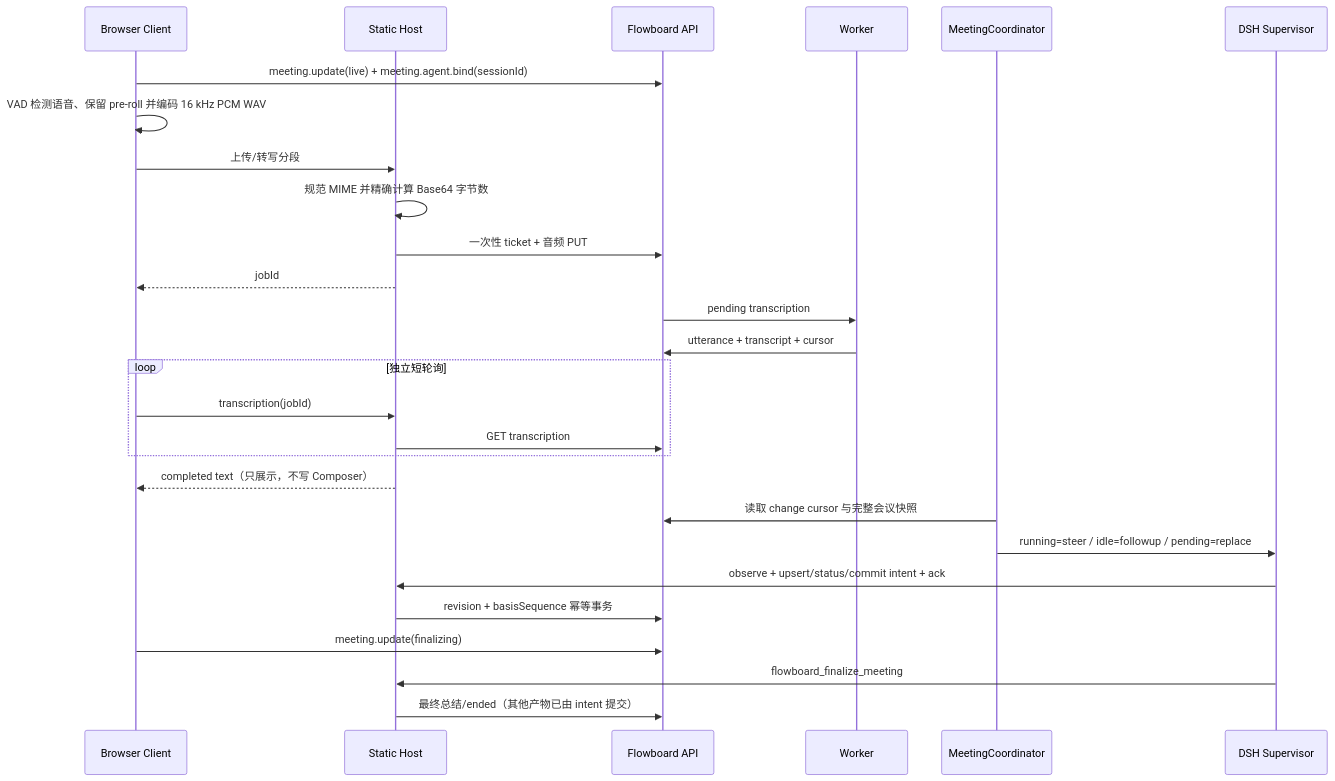
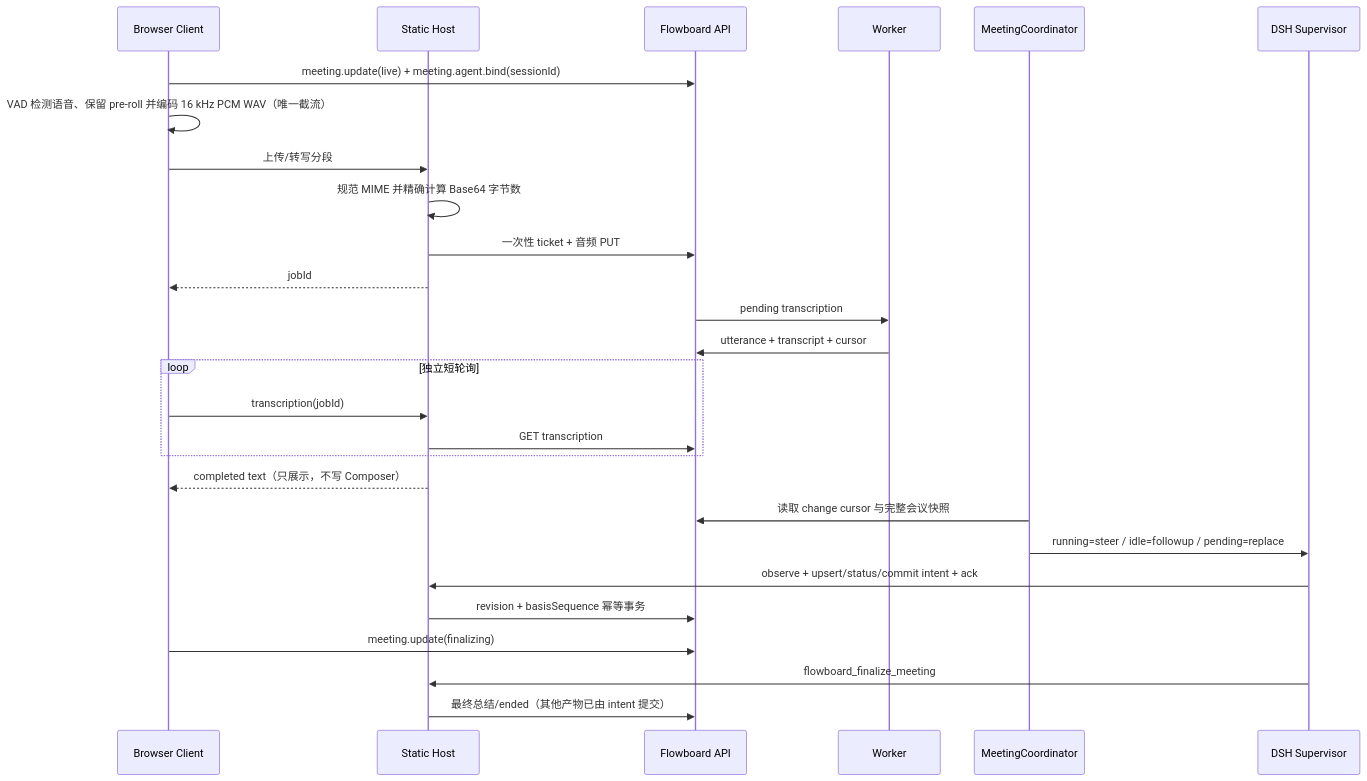
One commit to Untidy-cocoabutter173/Flowboard changed the second of 2 diagrams in docs/architecture/system-overview.md. Above: the diagram before and after it, drawn with Mermaid. The commit also changed other lines of this file and 20 other files, not shown here.

````diff
--- a/docs/architecture/system-overview.md
+++ b/docs/architecture/system-overview.md
@@ -62,30 +62,30 @@
 ```mermaid
 sequenceDiagram
   participant B as Browser Client
   participant H as Static Host
   participant A as Flowboard API
   participant W as Worker
   participant CO as MeetingCoordinator
   participant AI as DSH Supervisor
 
   B->>A: meeting.update(live) + meeting.agent.bind(sessionId)
-  B->>B: VAD 检测语音、保留 pre-roll 并编码 16 kHz PCM WAV
+  B->>B: VAD 检测语音、保留 pre-roll 并编码 16 kHz PCM WAV（唯一截流）
   B->>H: 上传/转写分段
   H->>H: 规范 MIME 并精确计算 Base64 字节数
   H->>A: 一次性 ticket + 音频 PUT
   H-->>B: jobId
   A->>W: pending transcription
   W->>A: utterance + transcript + cursor
   loop 独立短轮询
     B->>H: transcription(jobId)
     H->>A: GET transcription
   end
   H-->>B: completed text（只展示，不写 Composer）
   CO->>A: 读取 change cursor 与完整会议快照
   CO->>AI: running=steer / idle=followup / pending=replace
   AI->>H: observe + upsert/status/commit intent + ack
   H->>A: revision + basisSequence 幂等事务
   B->>A: meeting.update(finalizing)
   AI->>H: flowboard_finalize_meeting
   H->>A: 最终总结/ended（其他产物已由 intent 提交）
 ```
````
